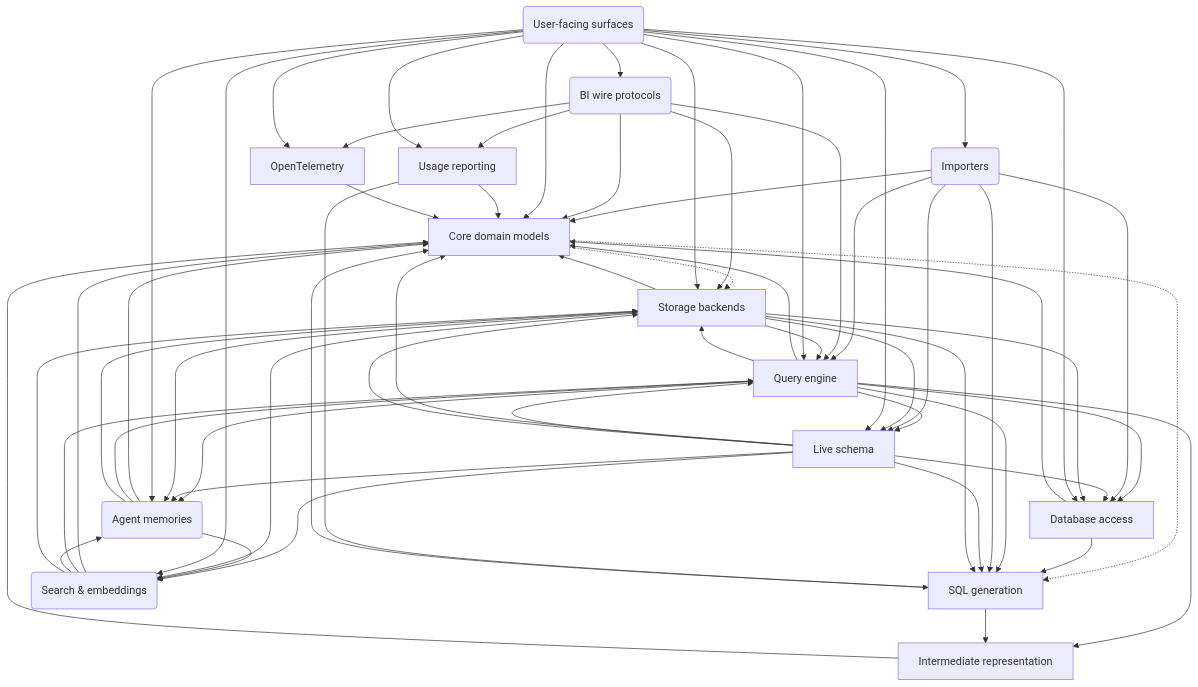
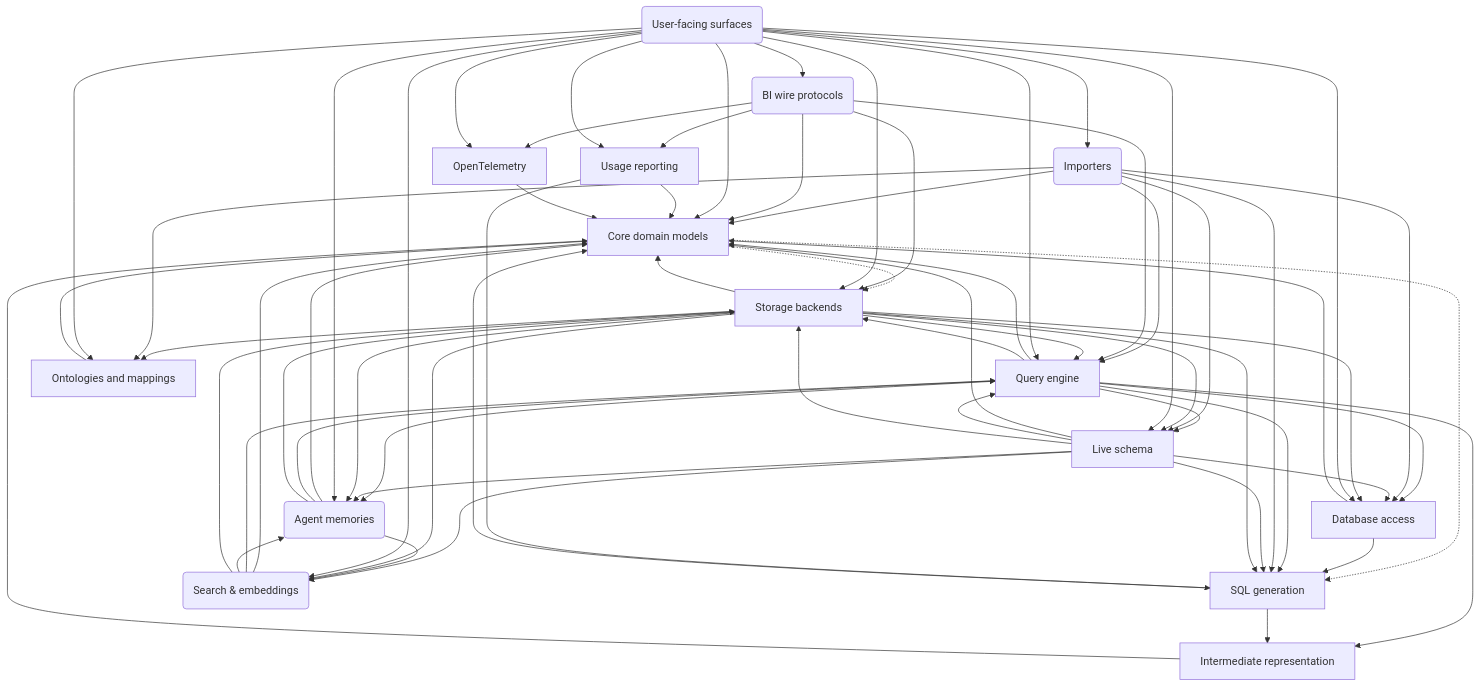
One commit to MotleyAI/slayer changed the diagram in architecture/system.arc42.md. Above: the diagram before and after it, drawn with Mermaid. The commit also changed 53 other files, not shown here.

````diff
--- a/architecture/system.arc42.md
+++ b/architecture/system.arc42.md
@@ -24,6 +24,7 @@
   live_schema["Live schema"]
   ir["Intermediate representation"]
   storage["Storage backends"]
+  ontology["Ontologies and mappings"]
   importers("Importers")
   search("Search & embeddings")
   memories("Agent memories")
@@ -91,4 +92,8 @@
   protocols --> otel
   surfaces --> otel
   otel --> core
+  ontology --> core
+  storage --> ontology
+  importers --> ontology
+  surfaces --> ontology
 ```
````
